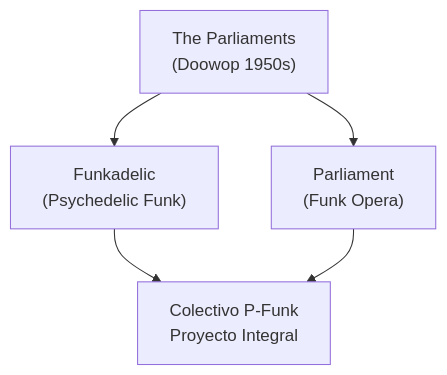
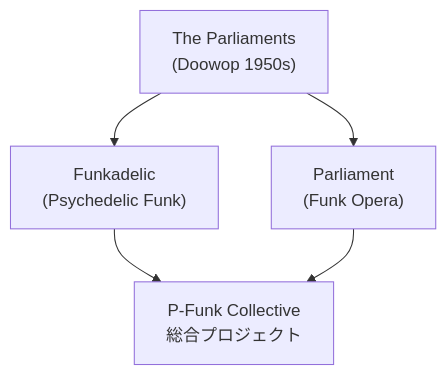
The first of 4 diagrams in es/_posts/2025-11-15-column-parliament-funkadelic.md (monumental-movement/monumental-movement.github.io), drawn with Mermaid before and after one commit. The commit also changed other lines of this file and 299 other files, not shown here.

```diff
--- a/es/_posts/2025-11-15-column-parliament-funkadelic.md
+++ b/es/_posts/2025-11-15-column-parliament-funkadelic.md
@@ -63,9 +63,9 @@
 <div class="mermaid">
 
 flowchart TD
     A["The Parliaments<br>(Doowop 1950s)"] --> B["Funkadelic<br>(Psychedelic Funk)"]
     A --> C["Parliament<br>(Funk Opera)"]
-    B --> D["Colectivo P-Funk<br>Proyecto Integral"]
+    B --> D["P-Funk Collective<br>総合プロジェクト"]
     C --> D
 
 </div>
```
